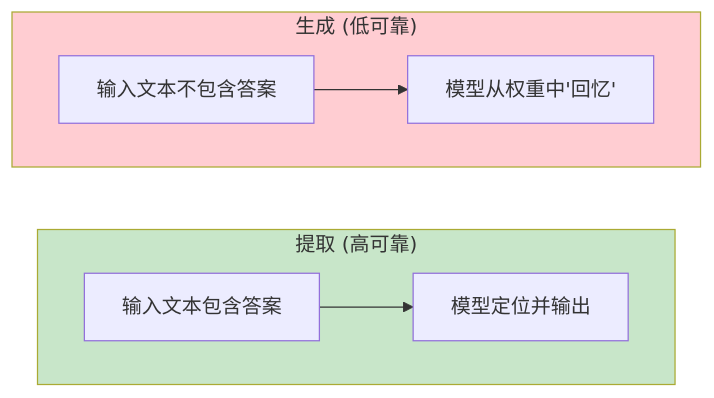
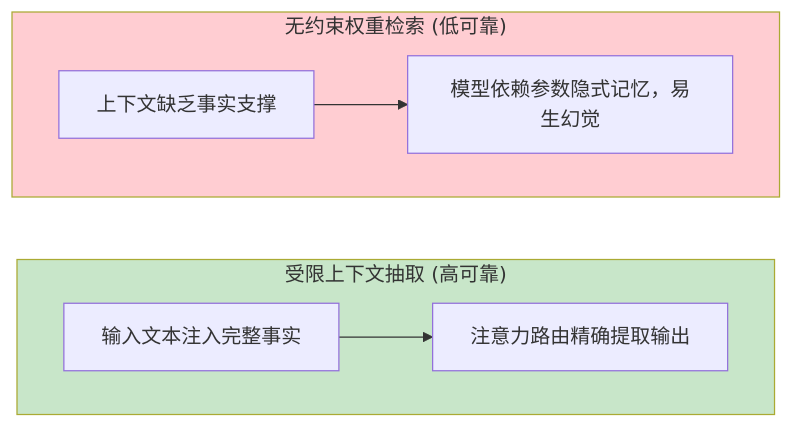
The second of 4 diagrams in chapters/05-strengths.md (yingwang/thinking-in-llm), drawn with Mermaid before and after one commit. The commit also changed other lines of this file and 31 other files, not shown here.

````diff
--- a/chapters/05-strengths.md
+++ b/chapters/05-strengths.md
@@ -189,14 +181,14 @@
 ```mermaid
 graph LR
-    subgraph 提取["提取 (高可靠)"]
+    subgraph 提取["受限上下文抽取 (高可靠)"]
         direction LR
-        I1["输入文本包含答案"] --> O1["模型定位并输出"]
+        I1["输入文本注入完整事实"] --> O1["注意力路由精确提取输出"]
     end
-    subgraph 生成["生成 (低可靠)"]
+    subgraph 生成["无约束权重检索 (低可靠)"]
         direction LR
-        I2["输入文本不包含答案"] --> O2["模型从权重中'回忆'"]
+        I2["上下文缺乏事实支撑"] --> O2["模型依赖参数隐式记忆，易生幻觉"]
     end
     
     style 提取 fill:#c8e6c9
     style 生成 fill:#ffcdd2
 ```
````
